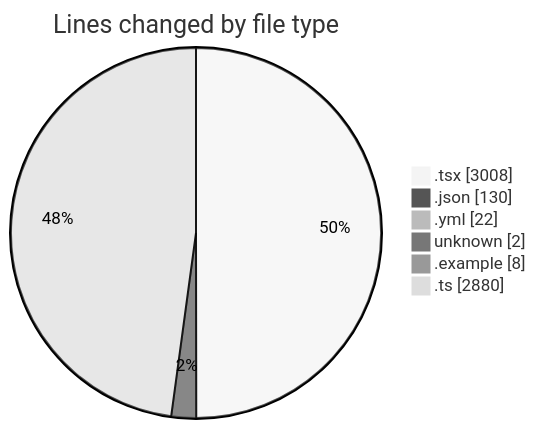
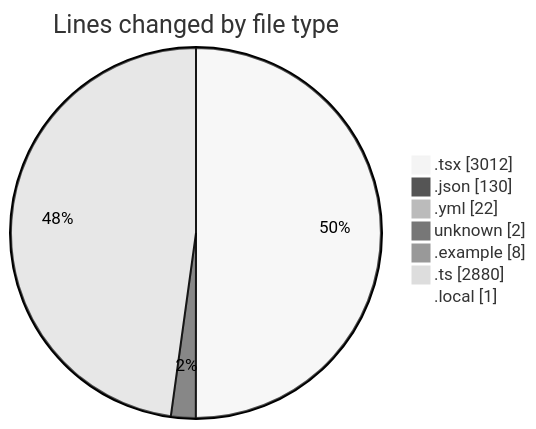
One commit to julien-gomy/code-tracking changed the first of 2 diagrams in 2025-11-21/eventscop-frontend-guide__workspace_/README.md. Above: the diagram before and after it, drawn with Mermaid (neutral theme). The commit also changed other lines of this file and 1 other file, not shown here.

````diff
--- a/2025-11-21/eventscop-frontend-guide__workspace_/README.md
+++ b/2025-11-21/eventscop-frontend-guide__workspace_/README.md
@@ -60,10 +61,11 @@
 ```mermaid
 pie showData
 title Lines changed by file type
-".tsx" : 3008
+".tsx" : 3012
 ".json" : 130
 ".yml" : 22
 "unknown" : 2
 ".example" : 8
 ".ts" : 2880
+".local" : 1
 ```
````
